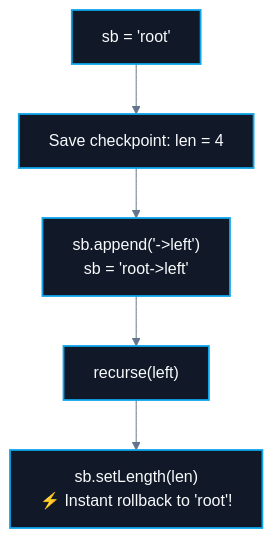
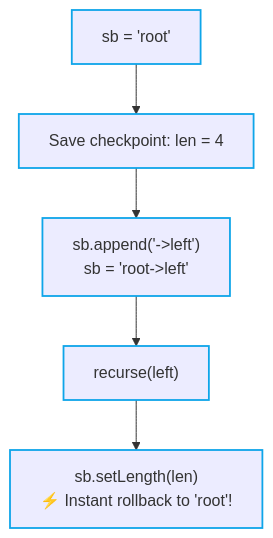
One commit to abhinavbharti2345/CS_Notes changed the second of 2 diagrams in CS/DSA/01. Strings/StringBuilder.md. Above: the diagram before and after it, drawn with Mermaid. The commit also changed other lines of this file and 91 other files, not shown here.

````diff
--- a/CS/DSA/01. Strings/StringBuilder.md
+++ b/CS/DSA/01. Strings/StringBuilder.md
@@ -114,11 +113,10 @@
 ```mermaid
-%%{init: {'theme': 'base', 'themeVariables': { 'darkMode': true, 'background': '#0B0F14', 'mainBkg': '#111827', 'primaryColor': '#111827', 'primaryTextColor': '#F8FAFC', 'primaryBorderColor': '#38BDF8', 'lineColor': '#64748B', 'secondaryColor': '#0B0F14', 'tertiaryColor': '#0B0F14', 'clusterBkg': '#0B0F14', 'clusterBorder': '#38BDF8' }}}%%
 flowchart TD
     Start["sb = 'root'"] --> Checkpoint["Save checkpoint: len = 4"]
     Checkpoint --> Append["sb.append('->left')<br/>sb = 'root->left'"]
     Append --> Recurse["recurse(left)"]
     Recurse --> Rollback["sb.setLength(len)<br/>⚡ Instant rollback to 'root'!"]
 
-    classDef step fill:#111827,stroke:#0ea5e9,stroke-width:1.8px,color:#F8FAFC;
+    classDef step stroke:#0ea5e9,stroke-width:1.8px;
     class Start,Checkpoint,Append,Recurse,Rollback step;
 ```
````
